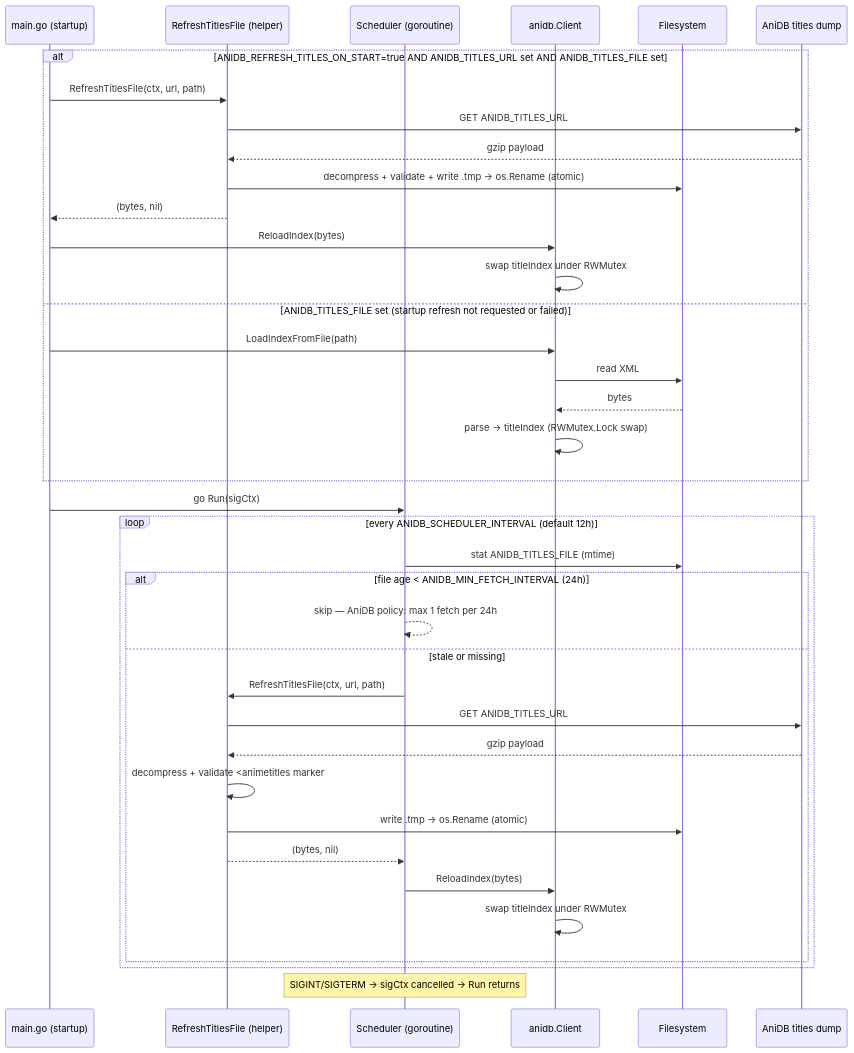
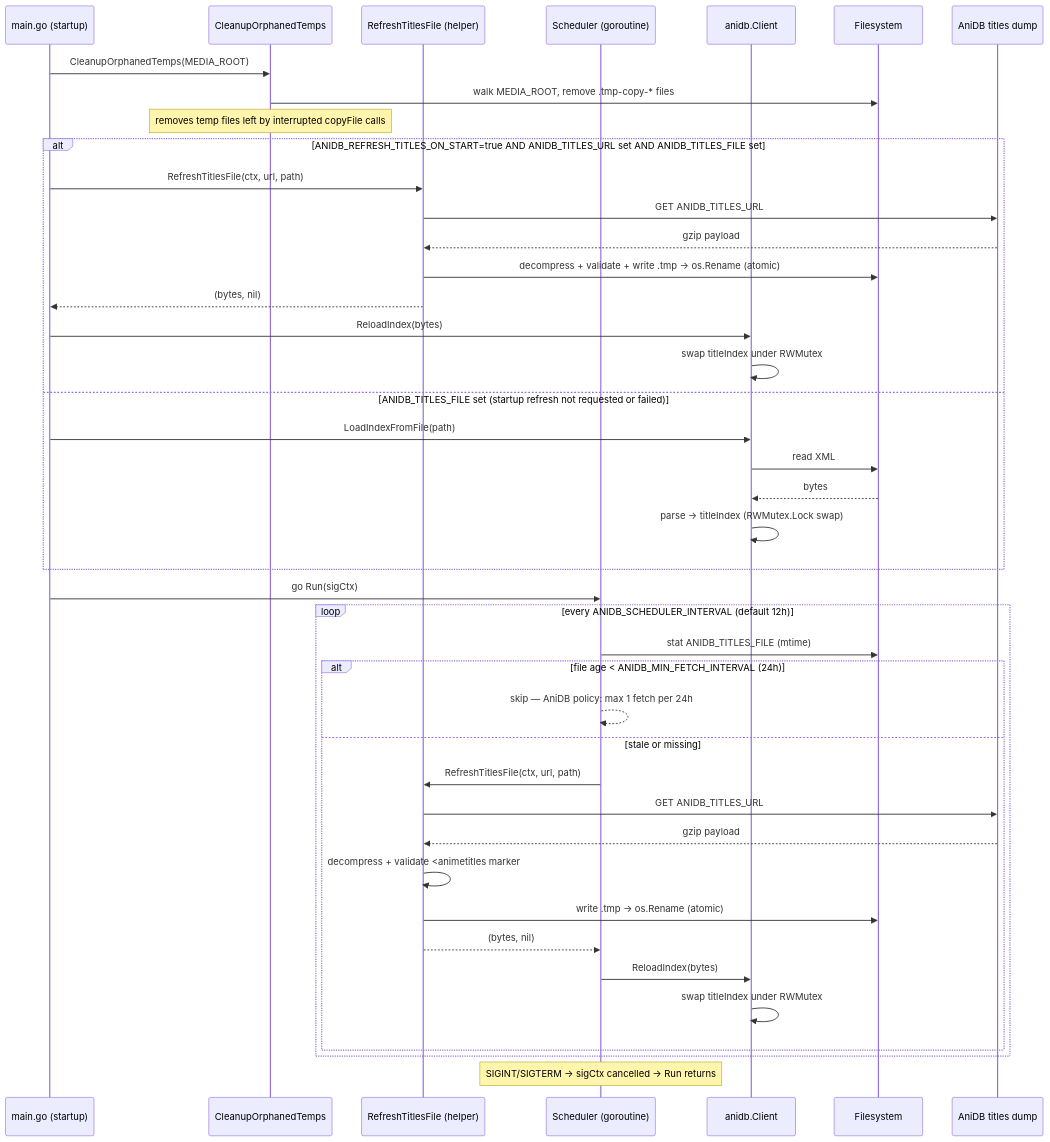
One commit to darknessnerd/filebot-webui changed the third of 3 diagrams in doc/architecture.md. Above: the diagram before and after it, drawn with Mermaid. The commit also changed other lines of this file and 3 other files, not shown here.

````diff
--- a/doc/architecture.md
+++ b/doc/architecture.md
@@ -88,43 +89,48 @@
 ```mermaid
 sequenceDiagram
     participant Main      as main.go (startup)
+    participant Cleanup   as CleanupOrphanedTemps
     participant Refresh   as RefreshTitlesFile (helper)
     participant Sched     as Scheduler (goroutine)
     participant Client    as anidb.Client
     participant Disk      as Filesystem
     participant Remote    as AniDB titles dump
+
+    Main->>Cleanup: CleanupOrphanedTemps(MEDIA_ROOT)
+    Cleanup->>Disk: walk MEDIA_ROOT, remove .tmp-copy-* files
+    Note over Cleanup: removes temp files left by interrupted copyFile calls
 
     alt ANIDB_REFRESH_TITLES_ON_START=true AND ANIDB_TITLES_URL set AND ANIDB_TITLES_FILE set
         Main->>Refresh: RefreshTitlesFile(ctx, url, path)
         Refresh->>Remote: GET ANIDB_TITLES_URL
         Remote-->>Refresh: gzip payload
         Refresh->>Disk: decompress + validate + write .tmp → os.Rename (atomic)
         Refresh-->>Main: (bytes, nil)
         Main->>Client: ReloadIndex(bytes)
         Client->>Client: swap titleIndex under RWMutex
     else ANIDB_TITLES_FILE set (startup refresh not requested or failed)
         Main->>Client: LoadIndexFromFile(path)
         Client->>Disk: read XML
         Disk-->>Client: bytes
         Client->>Client: parse → titleIndex (RWMutex.Lock swap)
     end
     Main->>Sched: go Run(sigCtx)
 
     loop every ANIDB_SCHEDULER_INTERVAL (default 12h)
         Sched->>Disk: stat ANIDB_TITLES_FILE (mtime)
         alt file age < ANIDB_MIN_FETCH_INTERVAL (24h)
             Sched-->>Sched: skip — AniDB policy: max 1 fetch per 24h
         else stale or missing
             Sched->>Refresh: RefreshTitlesFile(ctx, url, path)
             Refresh->>Remote: GET ANIDB_TITLES_URL
             Remote-->>Refresh: gzip payload
             Refresh->>Refresh: decompress + validate <animetitles marker
             Refresh->>Disk: write .tmp → os.Rename (atomic)
             Refresh-->>Sched: (bytes, nil)
             Sched->>Client: ReloadIndex(bytes)
             Client->>Client: swap titleIndex under RWMutex
         end
     end
 
     Note over Sched: SIGINT/SIGTERM → sigCtx cancelled → Run returns
 ```
````
